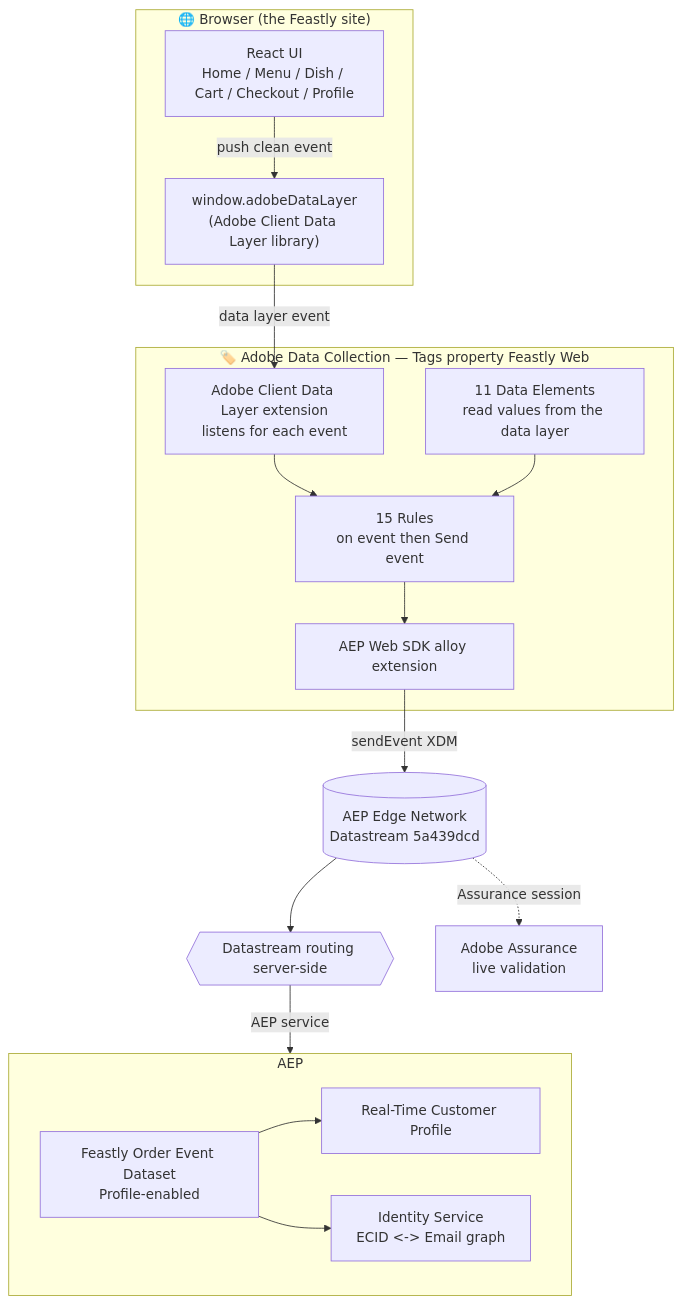
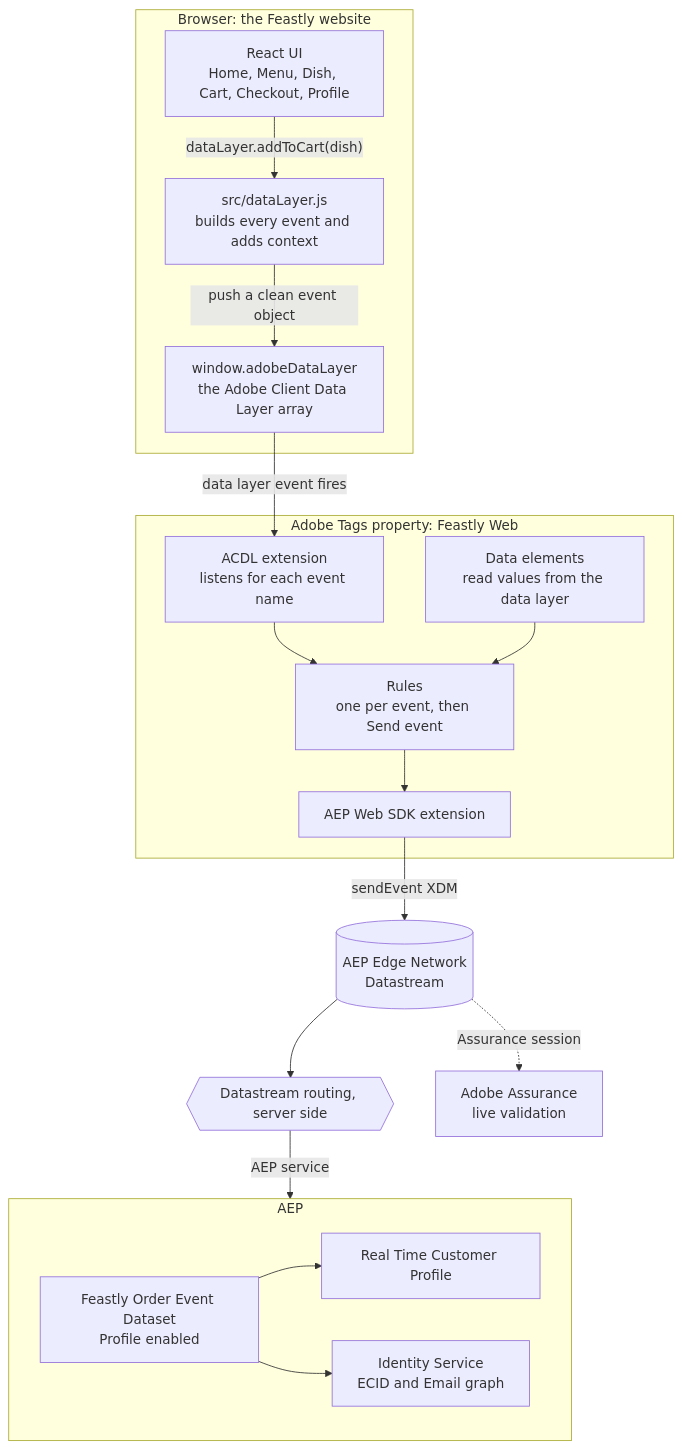
Before and after one commit to princeparvat80/aep-data-collection-food-demo: the first of 4 diagrams in FEASTLY_ARCHITECTURE.md, drawn with Mermaid. The commit also changed other lines of this file and 1 other file, not shown here.

First line of the commit message:
Consolidate architecture into a single implementation guide

````diff
--- a/FEASTLY_ARCHITECTURE.md
+++ b/FEASTLY_ARCHITECTURE.md
@@ -23,33 +91,35 @@
 ```mermaid
 flowchart TD
-    subgraph Browser["🌐 Browser (the Feastly site)"]
-      UI[React UI<br/>Home / Menu / Dish / Cart / Checkout / Profile]
-      DL["window.adobeDataLayer<br/>(Adobe Client Data Layer library)"]
-      UI -->|push clean event| DL
+    subgraph Browser["Browser: the Feastly website"]
+      UI["React UI<br/>Home, Menu, Dish, Cart, Checkout, Profile"]
+      DLJS["src/dataLayer.js<br/>builds every event and adds context"]
+      ARR["window.adobeDataLayer<br/>the Adobe Client Data Layer array"]
+      UI -->|"dataLayer.addToCart(dish)"| DLJS
+      DLJS -->|"push a clean event object"| ARR
     end
 
-    subgraph Tags["🏷️ Adobe Data Collection — Tags property Feastly Web"]
-      ACDL[Adobe Client Data Layer extension<br/>listens for each event]
-      DE[11 Data Elements<br/>read values from the data layer]
-      RULES[15 Rules<br/>on event then Send event]
-      WSDK[AEP Web SDK alloy extension]
+    subgraph Tags["Adobe Tags property: Feastly Web"]
+      ACDL["ACDL extension<br/>listens for each event name"]
+      DE["Data elements<br/>read values from the data layer"]
+      RULES["Rules<br/>one per event, then Send event"]
+      WSDK["AEP Web SDK extension"]
       ACDL --> RULES
       DE --> RULES
       RULES --> WSDK
     end
 
-    DL -->|data layer event| ACDL
-    WSDK -->|sendEvent XDM| EDGE[("AEP Edge Network<br/>Datastream 5a439dcd")]
-    EDGE --> DS{{Datastream routing server-side}}
-    DS -->|AEP service| AEP[("Adobe Experience Platform")]
+    ARR -->|"data layer event fires"| ACDL
+    WSDK -->|"sendEvent XDM"| EDGE[("AEP Edge Network<br/>Datastream")]
+    EDGE --> DS{{"Datastream routing, server side"}}
+    DS -->|"AEP service"| AEP[("Adobe Experience Platform")]
 
     subgraph AEP
-      DSET[Feastly Order Event Dataset<br/>Profile-enabled]
-      PROF[Real-Time Customer Profile]
-      IDS[Identity Service<br/>ECID <-> Email graph]
+      DSET["Feastly Order Event Dataset<br/>Profile enabled"]
+      PROF["Real Time Customer Profile"]
+      IDS["Identity Service<br/>ECID and Email graph"]
       DSET --> PROF
       DSET --> IDS
     end
 
-    EDGE -.->|Assurance session| ASSUR[Adobe Assurance<br/>live validation]
+    EDGE -.->|"Assurance session"| ASSUR["Adobe Assurance<br/>live validation"]
 ```
````
